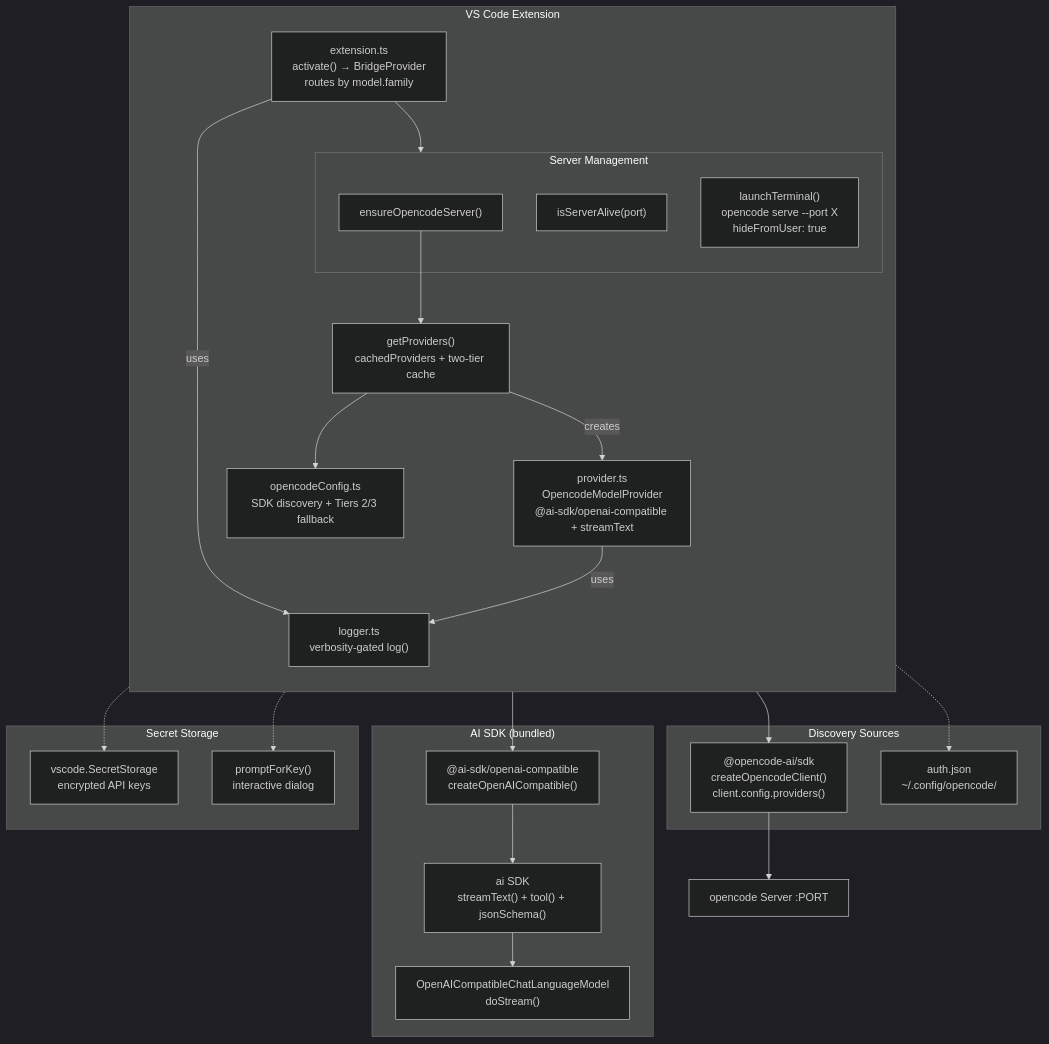
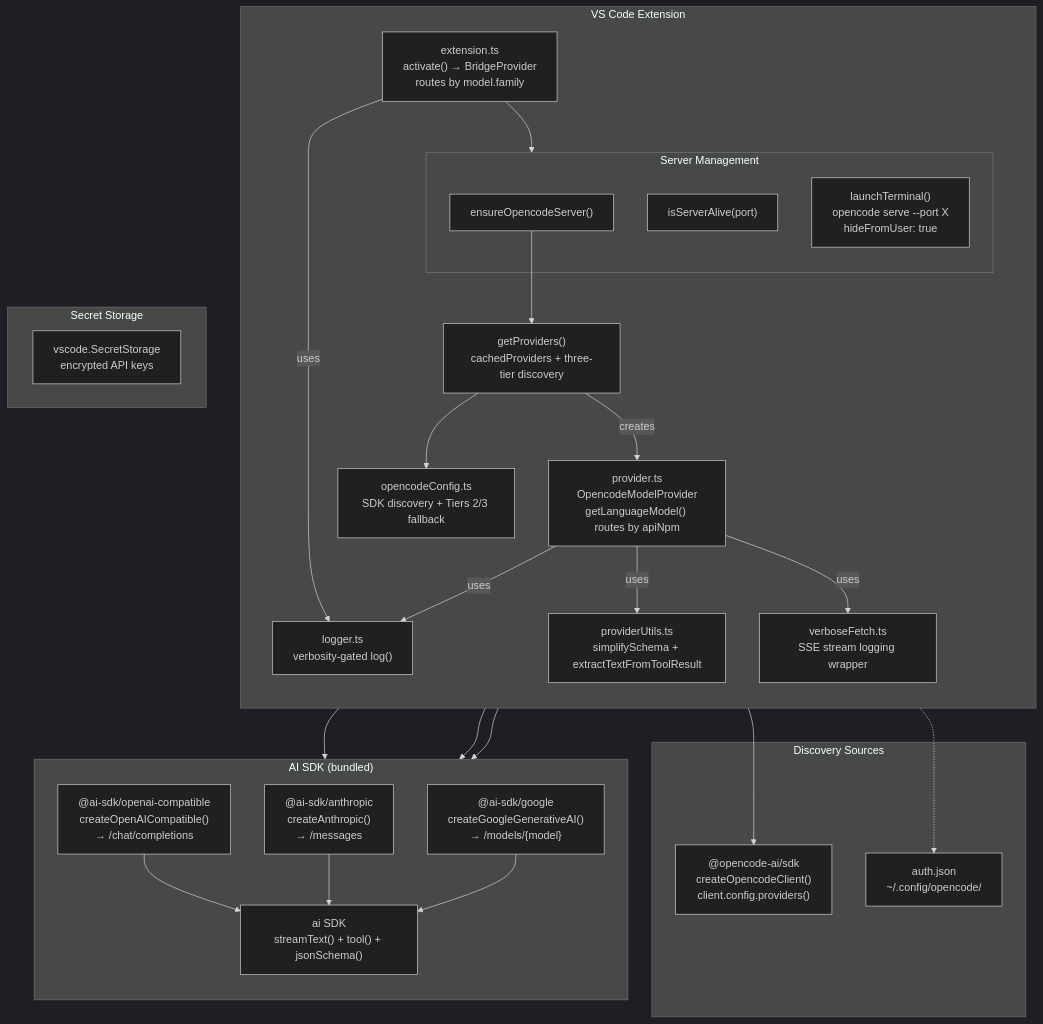
Before and after one commit to ankurmay1988/opencode-provider-bridge: the first of 2 diagrams in ARCHITECTURE.md, drawn with Mermaid (dark theme). The commit also changed other lines of this file and 9 other files, not shown here.

````diff
--- a/ARCHITECTURE.md
+++ b/ARCHITECTURE.md
@@ -5,50 +7,55 @@
 ```mermaid
 flowchart TB
     subgraph VSCode["VS Code Extension"]
         direction TB
         ext["extension.ts<br/>activate() → BridgeProvider<br/>routes by model.family"]
 
         subgraph ServerMgmt["Server Management"]
             ensure["ensureOpencodeServer()"]
             alive["isServerAlive(port)"]
             launch["launchTerminal()<br/>opencode serve --port X<br/>hideFromUser: true"]
         end
 
-        cache["getProviders()<br/>cachedProviders + two-tier cache"]
+        cache["getProviders()<br/>cachedProviders + three-tier discovery"]
         config["opencodeConfig.ts<br/>SDK discovery + Tiers 2/3 fallback"]
-        prov["provider.ts<br/>OpencodeModelProvider<br/>@ai-sdk/openai-compatible + streamText"]
+        prov["provider.ts<br/>OpencodeModelProvider<br/>getLanguageModel() routes by apiNpm"]
+        utils["providerUtils.ts<br/>simplifySchema + extractTextFromToolResult"]
+        verbose["verboseFetch.ts<br/>SSE stream logging wrapper"]
         logger["logger.ts<br/>verbosity-gated log()"]
 
         ext --> ServerMgmt
         ensure --> cache
         cache --> config
         cache --creates--> prov
         ext --uses--> logger
         prov --uses--> logger
+        prov --uses--> utils
+        prov --uses--> verbose
     end
 
     subgraph Discovery["Discovery Sources"]
         sdk["@opencode-ai/sdk<br/>createOpencodeClient()<br/>client.config.providers()"]
         auth["auth.json<br/>~/.config/opencode/"]
     end
 
     subgraph Execution["AI SDK (bundled)"]
-        aisdk["@ai-sdk/openai-compatible<br/>createOpenAICompatible()"]
+        direction TB
+        oai["@ai-sdk/openai-compatible<br/>createOpenAICompatible()<br/>→ /chat/completions"]
+        anth["@ai-sdk/anthropic<br/>createAnthropic()<br/>→ /messages"]
+        google["@ai-sdk/google<br/>createGoogleGenerativeAI()<br/>→ /models/{model}"]
         ai["ai SDK<br/>streamText() + tool() + jsonSchema()"]
-        provider["OpenAICompatibleChatLanguageModel<br/>doStream()"]
     end
 
     subgraph Secrets["Secret Storage"]
         ss["vscode.SecretStorage<br/>encrypted API keys"]
-        prompt["promptForKey()<br/>interactive dialog"]
     end
 
     config --> sdk
     config -.-> auth
-    prov --> aisdk
-    aisdk --> ai
-    ai --> provider
-    cache -.-> ss
-    ext -.-> prompt
-    sdk --> srv["opencode Server :PORT"]
+    prov --> oai
+    prov --> anth
+    prov --> google
+    oai --> ai
+    anth --> ai
+    google --> ai
 ```
````
